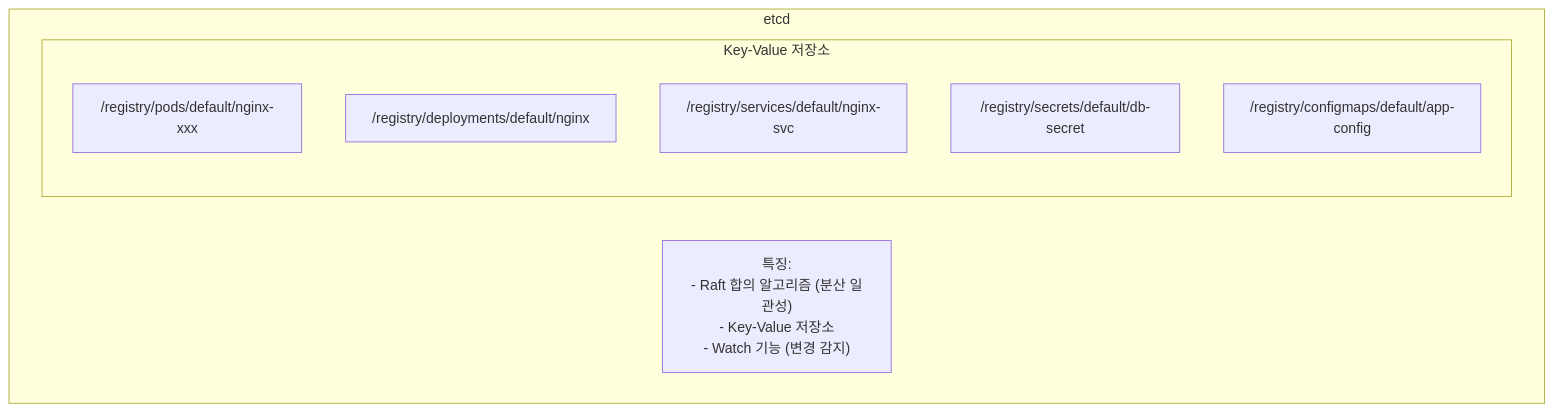
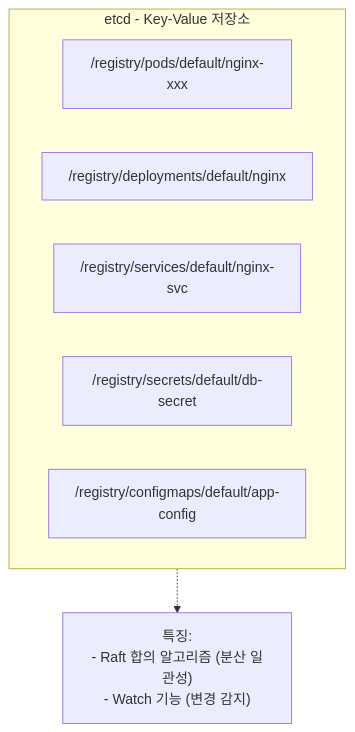
Before and after one commit to K-Diger/k-diger.github.io: the fourth of 16 diagrams in _posts/2025-12-23-kubernetes-02-architecture.md, drawn with Mermaid. The commit also changed other lines of this file and 13 other files, not shown here.

````diff
--- a/_posts/2025-12-23-kubernetes-02-architecture.md
+++ b/_posts/2025-12-23-kubernetes-02-architecture.md
@@ -121,13 +121,14 @@
 ```mermaid
 flowchart TB
-    subgraph ETCD["etcd"]
-        subgraph Data["Key-Value 저장소"]
-            D1["/registry/pods/default/nginx-xxx"]
-            D2["/registry/deployments/default/nginx"]
-            D3["/registry/services/default/nginx-svc"]
-            D4["/registry/secrets/default/db-secret"]
-            D5["/registry/configmaps/default/app-config"]
-        end
-        Features["특징:<br/>- Raft 합의 알고리즘 (분산 일관성)<br/>- Key-Value 저장소<br/>- Watch 기능 (변경 감지)"]
+    subgraph ETCD["etcd - Key-Value 저장소"]
+        D1["/registry/pods/default/nginx-xxx"]
+        D2["/registry/deployments/default/nginx"]
+        D3["/registry/services/default/nginx-svc"]
+        D4["/registry/secrets/default/db-secret"]
+        D5["/registry/configmaps/default/app-config"]
     end
+
+    Features["특징:<br/>- Raft 합의 알고리즘 (분산 일관성)<br/>- Watch 기능 (변경 감지)"]
+
+    ETCD -.-> Features
 ```
````
